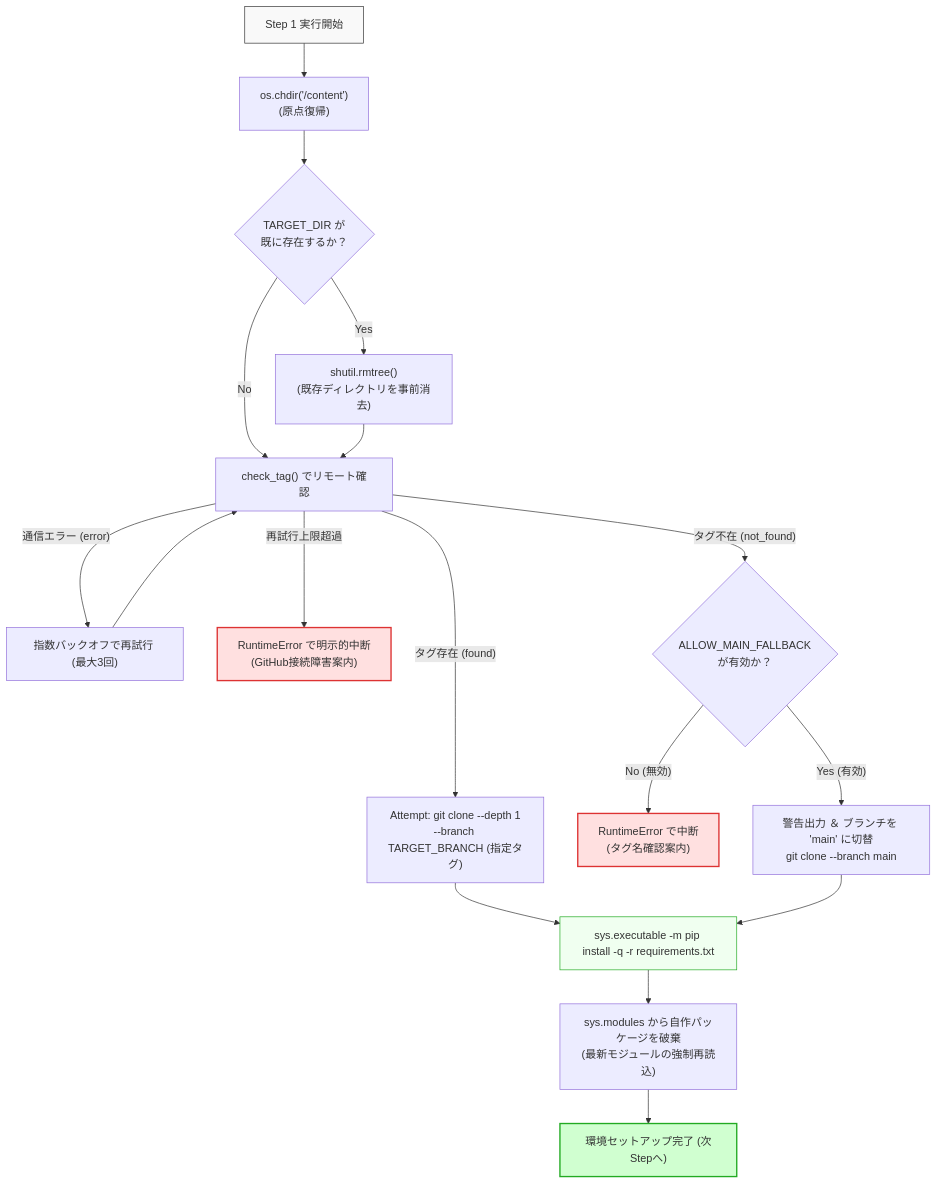
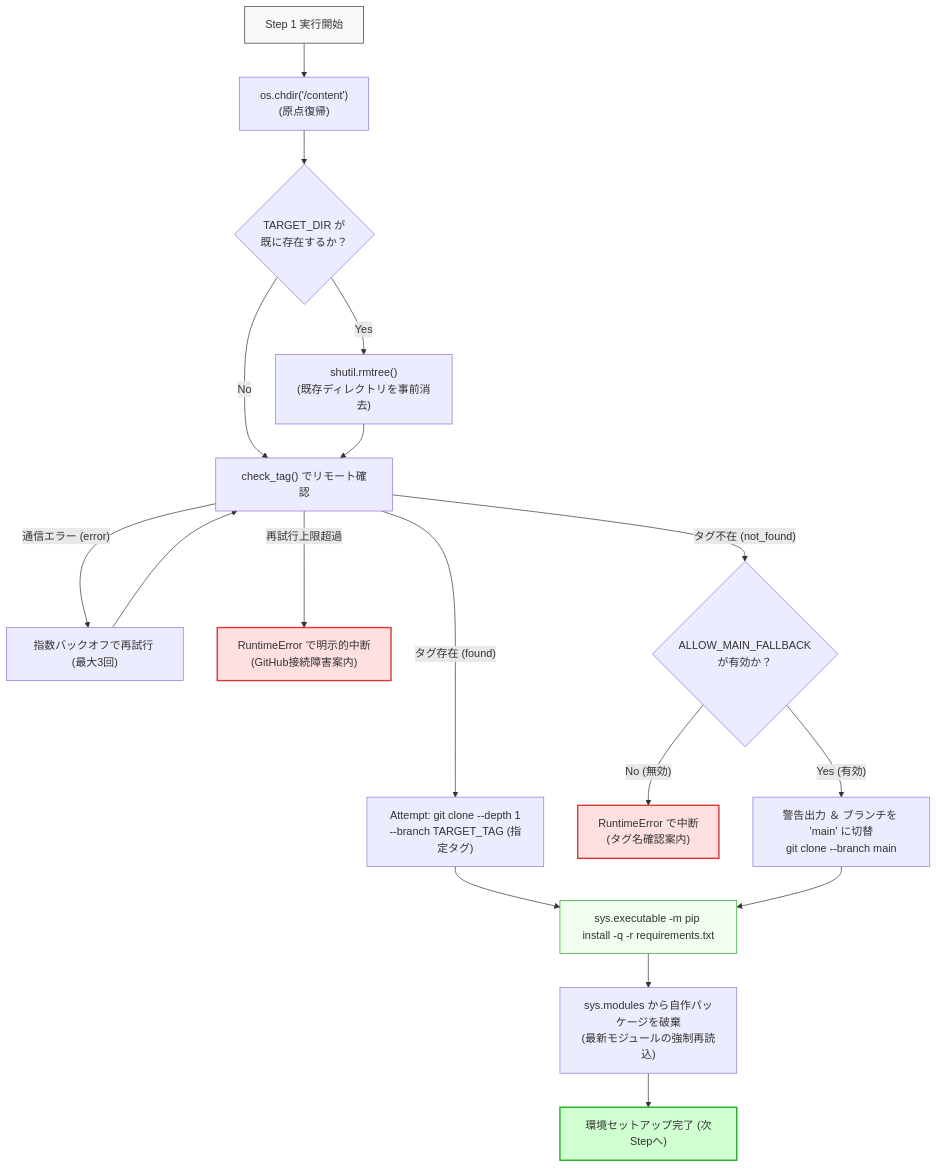
The diagram in docs/articles/qiita_part7_colab_git_bootstrap_architecture.md (akkyey/stock-analyzer-core), drawn with Mermaid before and after one commit. The commit also changed other lines of this file and 1 other file, not shown here.

````diff
--- a/docs/articles/qiita_part7_colab_git_bootstrap_architecture.md
+++ b/docs/articles/qiita_part7_colab_git_bootstrap_architecture.md
@@ -120,29 +120,29 @@
 ```mermaid
 flowchart TD
     Start["Step 1 実行開始"] --> CD["os.chdir('/content')<br/>(原点復帰)"]
     CD --> CheckDir{"TARGET_DIR が<br/>既に存在するか？"}
     CheckDir -- "Yes" --> Clean["shutil.rmtree()<br/>(既存ディレクトリを事前消去)"]
     CheckDir -- "No" --> Verify
     Clean --> Verify["check_tag() でリモート確認"]
 
     Verify -- "通信エラー (error)" --> Retry["指数バックオフで再試行 (最大3回)"]
     Retry --> Verify
     Verify -- "再試行上限超過" --> ErrorExit["RuntimeError で明示的中断<br/>(GitHub接続障害案内)"]
 
-    Verify -- "タグ存在 (found)" --> CloneTag["Attempt: git clone --depth 1<br/>--branch TARGET_BRANCH (指定タグ)"]
+    Verify -- "タグ存在 (found)" --> CloneTag["Attempt: git clone --depth 1<br/>--branch TARGET_TAG (指定タグ)"]
     Verify -- "タグ不在 (not_found)" --> CheckAllow{"ALLOW_MAIN_FALLBACK<br/>が有効か？"}
     CheckAllow -- "No (無効)" --> TagExit["RuntimeError で中断<br/>(タグ名確認案内)"]
     CheckAllow -- "Yes (有効)" --> CloneMain["警告出力 ＆ ブランチを 'main' に切替<br/>git clone --branch main"]
 
     CloneTag --> Pip["sys.executable -m pip install -q -r requirements.txt"]
     CloneMain --> Pip
 
     Pip --> Reload["sys.modules から自作パッケージを破棄<br/>(最新モジュールの強制再読込)"]
     Reload --> Ready["環境セットアップ完了 (次Stepへ)"]
 
     style Start fill:#f9f9f9,stroke:#333,stroke-width:1px,color:#333
     style Pip fill:#f0fff0,stroke:#2a2,stroke-width:1px,color:#333
     style Ready fill:#d0ffd0,stroke:#2a2,stroke-width:2px,color:#333
     style ErrorExit fill:#ffe0e0,stroke:#d33,stroke-width:2px,color:#333
     style TagExit fill:#ffe0e0,stroke:#d33,stroke-width:2px,color:#333
 ```
````
